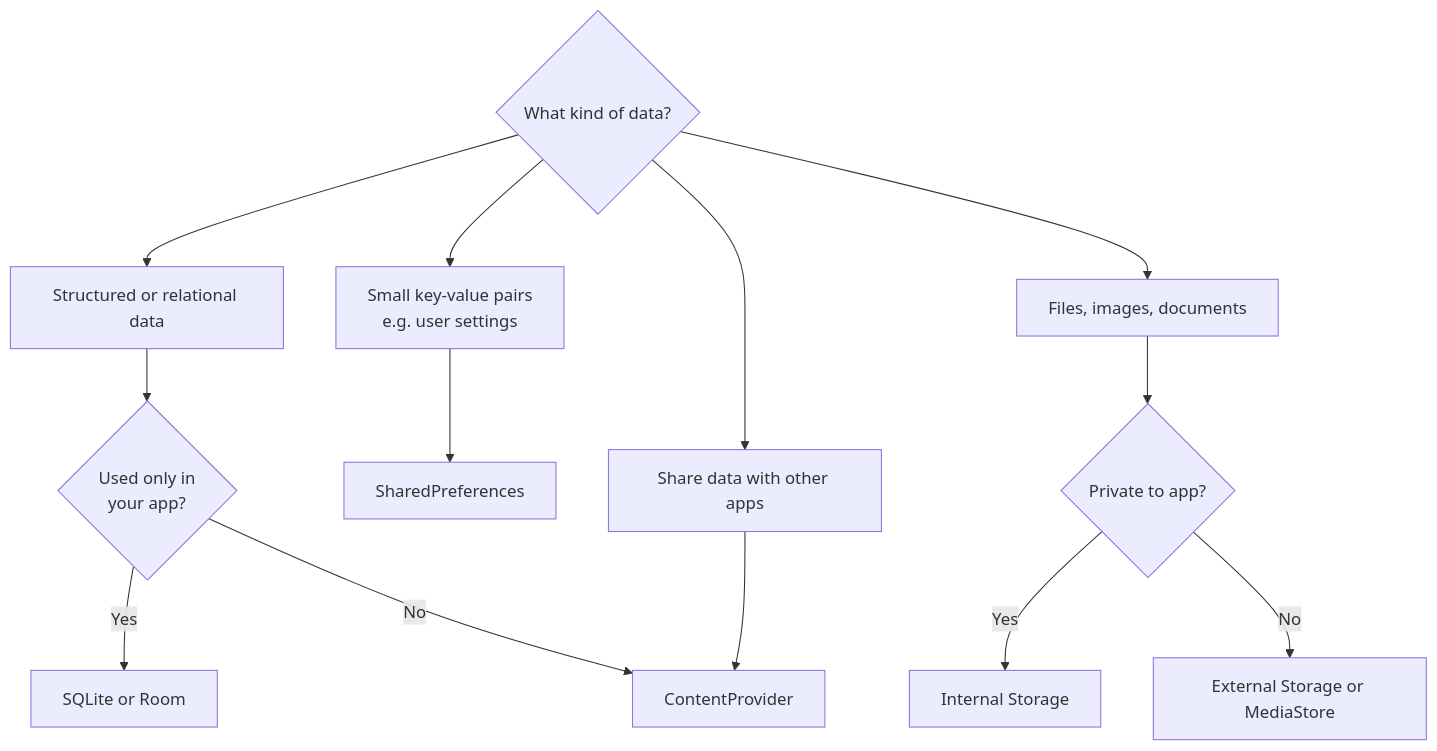
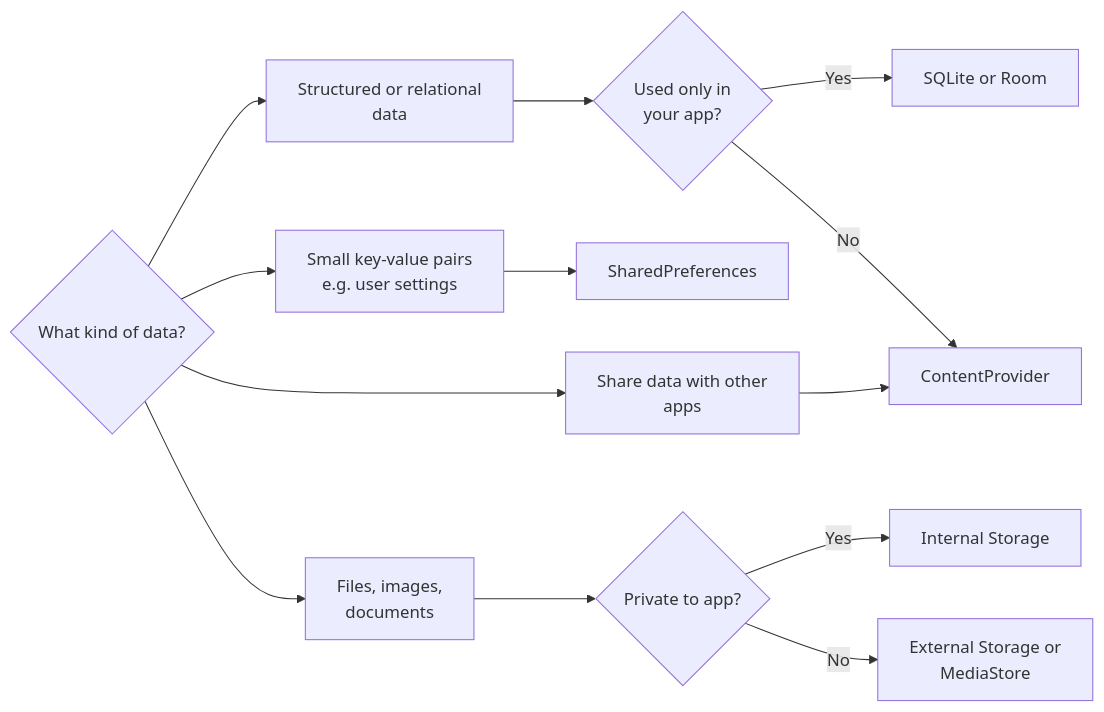
The third of 3 diagrams in 02-Semester-VI/CS-357-MJ-T-Android-Programming/Unit-5.md (amitdevx/TY), drawn with Mermaid before and after one commit. The commit also changed other lines of this file and 65 other files, not shown here.

Commit message:
fix:graph vertical

````diff
--- a/02-Semester-VI/CS-357-MJ-T-Android-Programming/Unit-5.md
+++ b/02-Semester-VI/CS-357-MJ-T-Android-Programming/Unit-5.md
@@ -515,15 +515,15 @@
 ```mermaid
-flowchart TD
+flowchart LR
     A{What kind of data?} --> B[Small key-value pairs<br/>e.g. user settings]
-    A --> C[Structured or relational data]
-    A --> D[Files, images, documents]
-    A --> E[Share data with other apps]
+    A --> C[Structured or relational<br/>data]
+    A --> D[Files, images,<br/>documents]
+    A --> E[Share data with other<br/>apps]
     B --> F[SharedPreferences]
     C --> G{Used only in<br/>your app?}
     G -->|Yes| H[SQLite or Room]
     G -->|No| I[ContentProvider]
     D --> J{Private to app?}
     J -->|Yes| K[Internal Storage]
-    J -->|No| L[External Storage or MediaStore]
+    J -->|No| L[External Storage or<br/>MediaStore]
     E --> I
 ```
````
